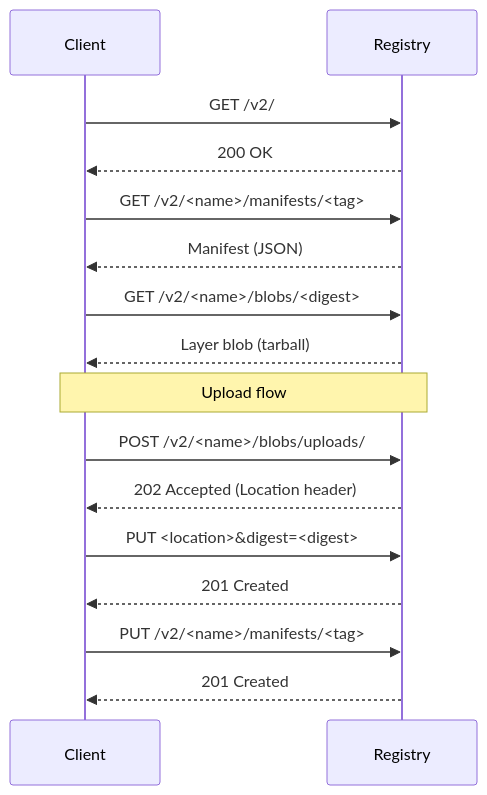
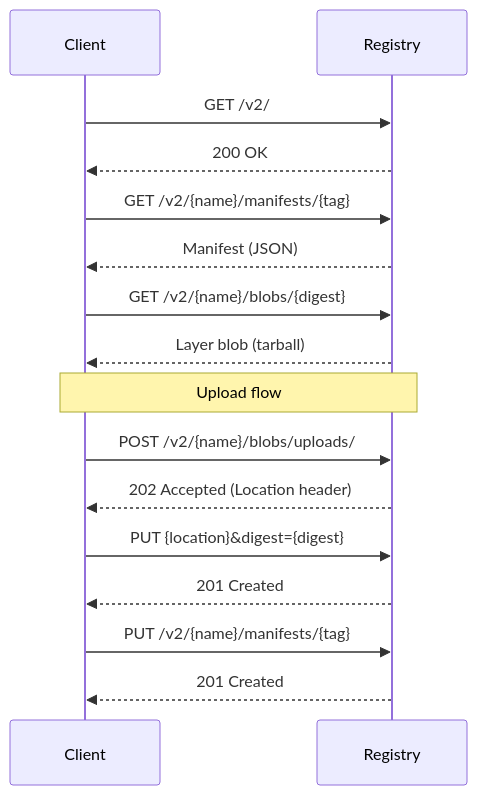
The third of 5 diagrams in src/containers/oci.md (Abhinav-Kumar012/lb2), drawn with Mermaid before and after one commit. The commit also changed 1 other file, not shown here.

Commit message:
fix: mermaid syntax - containers/debugging/embedded/foundations/admin/build/compilers

````diff
--- a/src/containers/oci.md
+++ b/src/containers/oci.md
@@ -328,23 +328,23 @@
 ```mermaid
 sequenceDiagram
     participant Client
     participant Registry
 
     Client->>Registry: GET /v2/
     Registry-->>Client: 200 OK
 
-    Client->>Registry: GET /v2/<name>/manifests/<tag>
+    Client->>Registry: GET /v2/{name}/manifests/{tag}
     Registry-->>Client: Manifest (JSON)
 
-    Client->>Registry: GET /v2/<name>/blobs/<digest>
+    Client->>Registry: GET /v2/{name}/blobs/{digest}
     Registry-->>Client: Layer blob (tarball)
 
     Note over Client,Registry: Upload flow
-    Client->>Registry: POST /v2/<name>/blobs/uploads/
+    Client->>Registry: POST /v2/{name}/blobs/uploads/
     Registry-->>Client: 202 Accepted (Location header)
-    Client->>Registry: PUT <location>&digest=<digest>
+    Client->>Registry: PUT {location}&digest={digest}
     Registry-->>Client: 201 Created
 
-    Client->>Registry: PUT /v2/<name>/manifests/<tag>
+    Client->>Registry: PUT /v2/{name}/manifests/{tag}
     Registry-->>Client: 201 Created
 ```
````
